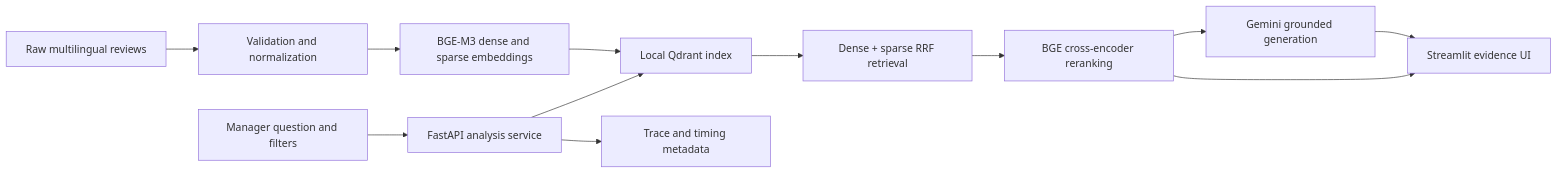
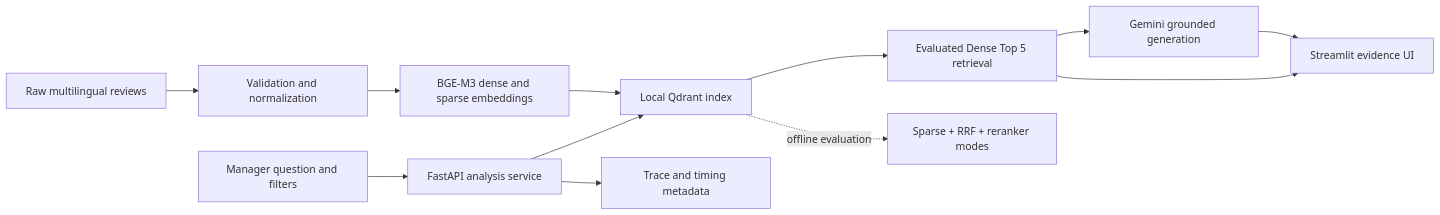
Before and after one commit to taojiangyz/Tokyo-Disneyland-review-intelligence: the diagram in README.md, drawn with Mermaid. The commit also changed other lines of this file and 3 other files, not shown here.

Commit message:
Use evaluated dense retrieval for production

````diff
--- a/README.md
+++ b/README.md
@@ -22,14 +22,14 @@
 ```mermaid
 flowchart LR
     A["Raw multilingual reviews"] --> B["Validation and normalization"]
     B --> C["BGE-M3 dense and sparse embeddings"]
     C --> D["Local Qdrant index"]
     U["Manager question and filters"] --> API["FastAPI analysis service"]
     API --> D
-    D --> RRF["Dense + sparse RRF retrieval"]
-    RRF --> RR["BGE cross-encoder reranking"]
-    RR --> G["Gemini grounded generation"]
+    D --> DR["Evaluated Dense Top 5 retrieval"]
+    DR --> G["Gemini grounded generation"]
     G --> UI["Streamlit evidence UI"]
-    RR --> UI
+    DR --> UI
+    D -. "offline evaluation" .-> EXP["Sparse + RRF + reranker modes"]
     API --> T["Trace and timing metadata"]
 ```
````
